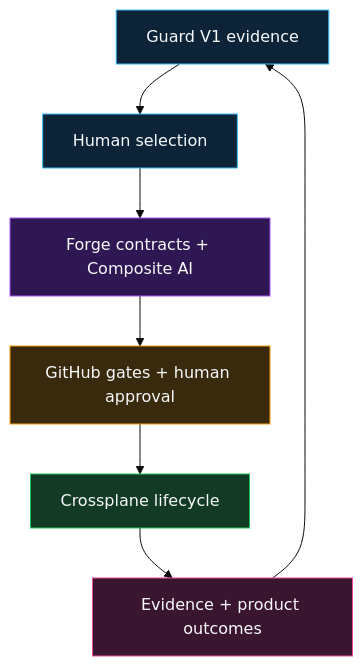
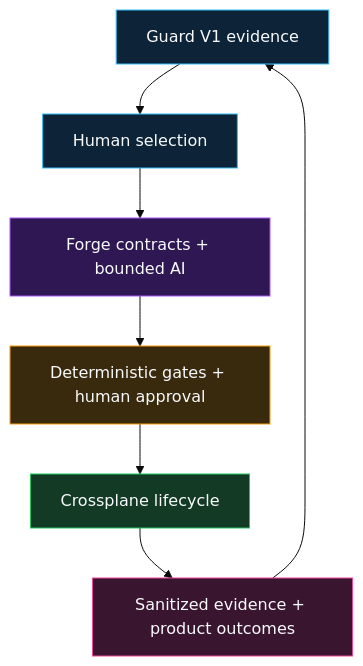
One commit to SAABOLImpactVenture/ai-powered-infrastructure-as-a-product changed the diagram in docs/FORGE-TRANSITION.md. Above: the diagram before and after it, drawn with Mermaid (base theme). The commit also changed other lines of this file and 1 other file, not shown here.

````diff
--- a/docs/FORGE-TRANSITION.md
+++ b/docs/FORGE-TRANSITION.md
@@ -23,19 +21,19 @@
 ```mermaid
 flowchart TD
   G[Guard V1 evidence] --> S[Human selection]
-  S --> F[Forge contracts + Composite AI]
-  F --> H[GitHub gates + human approval]
+  S --> F[Forge contracts + bounded AI]
+  F --> H[Deterministic gates + human approval]
   H --> X[Crossplane lifecycle]
-  X --> E[Evidence + product outcomes]
+  X --> E[Sanitized evidence + product outcomes]
   E --> G
   classDef guard fill:#0D2438,stroke:#38BDF8,color:#F8FAFC
   classDef forge fill:#2E1752,stroke:#A855F7,color:#F8FAFC
   classDef govern fill:#3A2A0D,stroke:#F59E0B,color:#F8FAFC
   classDef product fill:#123A24,stroke:#22C55E,color:#F8FAFC
   classDef evidence fill:#3A1530,stroke:#EC4899,color:#F8FAFC
   class G,S guard
   class F forge
   class H govern
   class X product
   class E evidence
 ```
````
